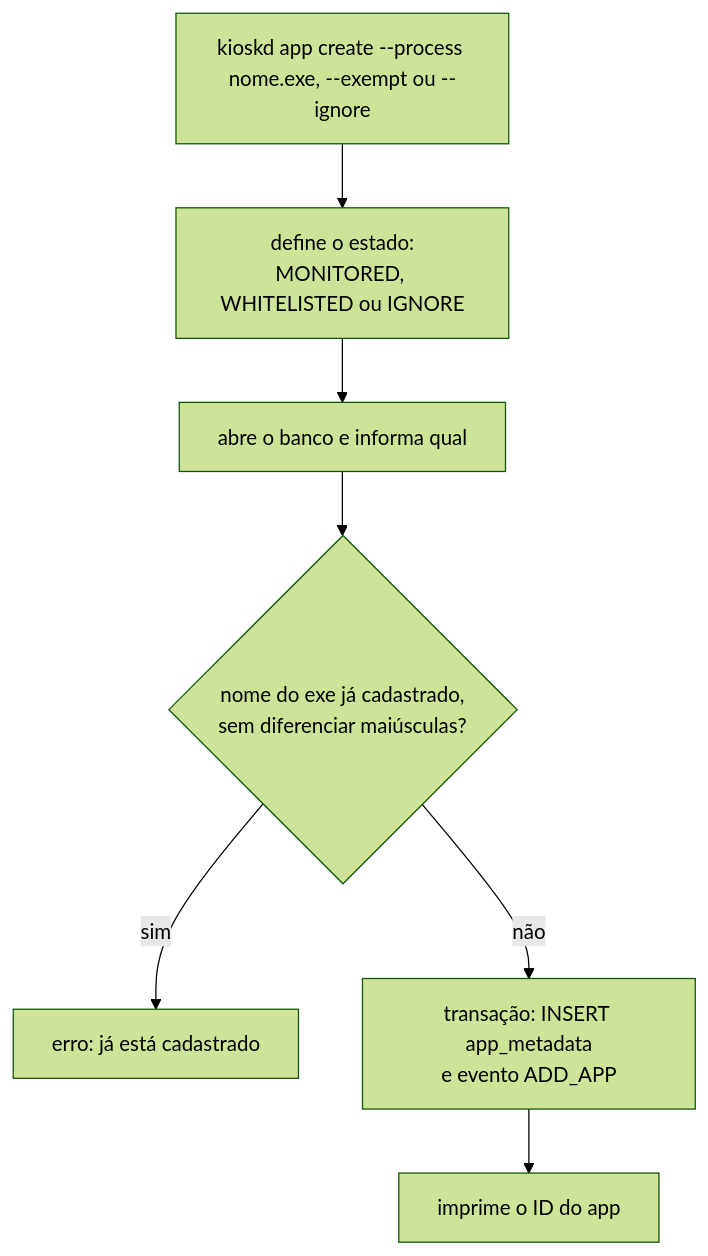
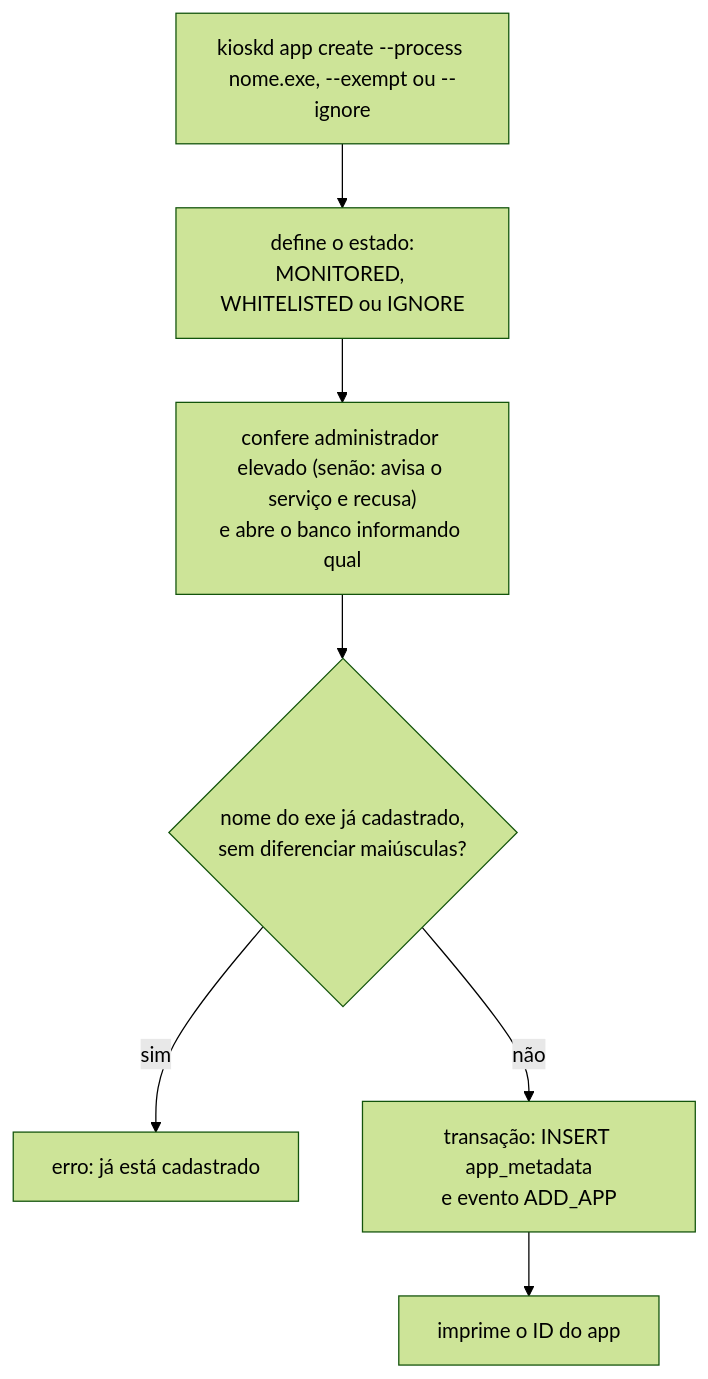
Diagram 11 of 28 in docs/architecture/fluxos-dos-comandos.md (jefersonlop3s/kiosk-engine), drawn with Mermaid (forest theme) before and after one commit. The commit also changed other lines of this file and 22 other files, not shown here.

````diff
--- a/docs/architecture/fluxos-dos-comandos.md
+++ b/docs/architecture/fluxos-dos-comandos.md
@@ -182,9 +184,9 @@
 ```mermaid
 flowchart TD
     A["kioskd app create --process nome.exe, --exempt ou --ignore"] --> B["define o estado:<br/>MONITORED, WHITELISTED ou IGNORE"]
-    B --> C["abre o banco e informa qual"]
+    B --> C["confere administrador elevado (senão: avisa o serviço e recusa)<br/>e abre o banco informando qual"]
     C --> D{"nome do exe já cadastrado,<br/>sem diferenciar maiúsculas?"}
     D -->|sim| E["erro: já está cadastrado"]
     D -->|não| F["transação: INSERT app_metadata<br/>e evento ADD_APP"]
     F --> G["imprime o ID do app"]
 ```
````
